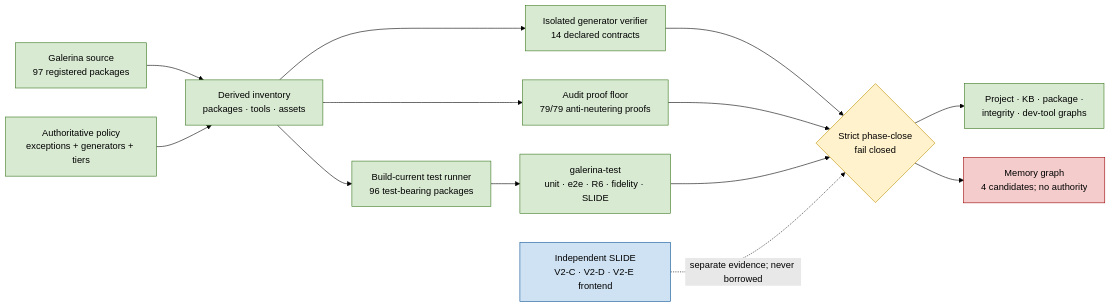
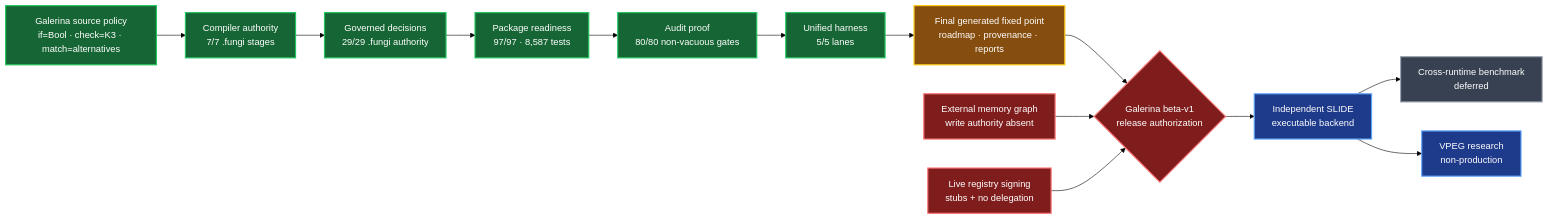
The diagram in docs/reports/zero-trust-tooling-refactor-completion-2026-07-29.md (TritHypha/Deveolpment-runtime-fungi-gate), drawn with Mermaid (forest theme) before and after one commit. The commit also changed other lines of this file and 3 other files, not shown here.

Commit message:
docs: record beta v1 terminal evidence

````diff
--- a/docs/reports/zero-trust-tooling-refactor-completion-2026-07-29.md
+++ b/docs/reports/zero-trust-tooling-refactor-completion-2026-07-29.md
@@ -12,32 +32,28 @@
 ```mermaid
 flowchart LR
-    S["Galerina source<br/>97 registered packages"]:::green
-    P["Authoritative policy<br/>exceptions + generators + tiers"]:::green
-    I["Derived inventory<br/>packages · tools · assets"]:::green
-    T["Build-current test runner<br/>96 test-bearing packages"]:::green
-    G["Isolated generator verifier<br/>14 declared contracts"]:::green
-    A["Audit proof floor<br/>79/79 anti-neutering proofs"]:::green
-    H["galerina-test<br/>unit · e2e · R6 · fidelity · SLIDE"]:::green
-    C{"Strict phase-close<br/>fail closed"}:::amber
-    GR["Project · KB · package ·<br/>integrity · dev-tool graphs"]:::green
-    M["Memory graph<br/>4 candidates; no authority"]:::red
-    IS["Independent SLIDE<br/>V2-C · V2-D · V2-E frontend"]:::blue
+    S["Galerina source policy<br/>if=Bool · check=K3 · match=alternatives"]:::green
+    C["Compiler authority<br/>7/7 .fungi stages"]:::green
+    K["Governed decisions<br/>29/29 .fungi authority"]:::green
+    P["Package readiness<br/>97/97 · 8,587 tests"]:::green
+    A["Audit proof<br/>80/80 non-vacuous gates"]:::green
+    U["Unified harness<br/>5/5 lanes"]:::green
+    X["Final generated fixed point<br/>roadmap · provenance · reports"]:::amber
+    M["External memory graph<br/>write authority absent"]:::red
+    R["Live registry signing<br/>stubs + no delegation"]:::red
+    B{"Galerina beta-v1<br/>release authorization"}:::red
+    L["Independent SLIDE<br/>executable backend"]:::blue
+    V["VPEG research<br/>non-production"]:::blue
+    Q["Cross-runtime benchmark<br/>deferred"]:::grey
 
-    S --> I
-    P --> I
-    I --> T
-    I --> G
-    I --> A
-    T --> H
-    G --> C
-    A --> C
-    H --> C
-    C --> GR
-    C --> M
-    IS -. "separate evidence; never borrowed" .-> C
+    S --> C --> K --> P --> A --> U --> X --> B
+    M --> B
+    R --> B
+    B --> L --> Q
+    L --> V
 
-    classDef green fill:#d9ead3,stroke:#38761d,color:#000;
-    classDef amber fill:#fff2cc,stroke:#bf9000,color:#000;
-    classDef red fill:#f4cccc,stroke:#990000,color:#000;
-    classDef blue fill:#cfe2f3,stroke:#0b5394,color:#000;
+    classDef green fill:#166534,color:#fff,stroke:#22c55e,stroke-width:2px;
+    classDef amber fill:#854d0e,color:#fff,stroke:#facc15,stroke-width:2px;
+    classDef red fill:#7f1d1d,color:#fff,stroke:#f87171,stroke-width:2px;
+    classDef blue fill:#1e3a8a,color:#fff,stroke:#60a5fa,stroke-width:2px;
+    classDef grey fill:#374151,color:#fff,stroke:#9ca3af,stroke-width:2px;
 ```
````
